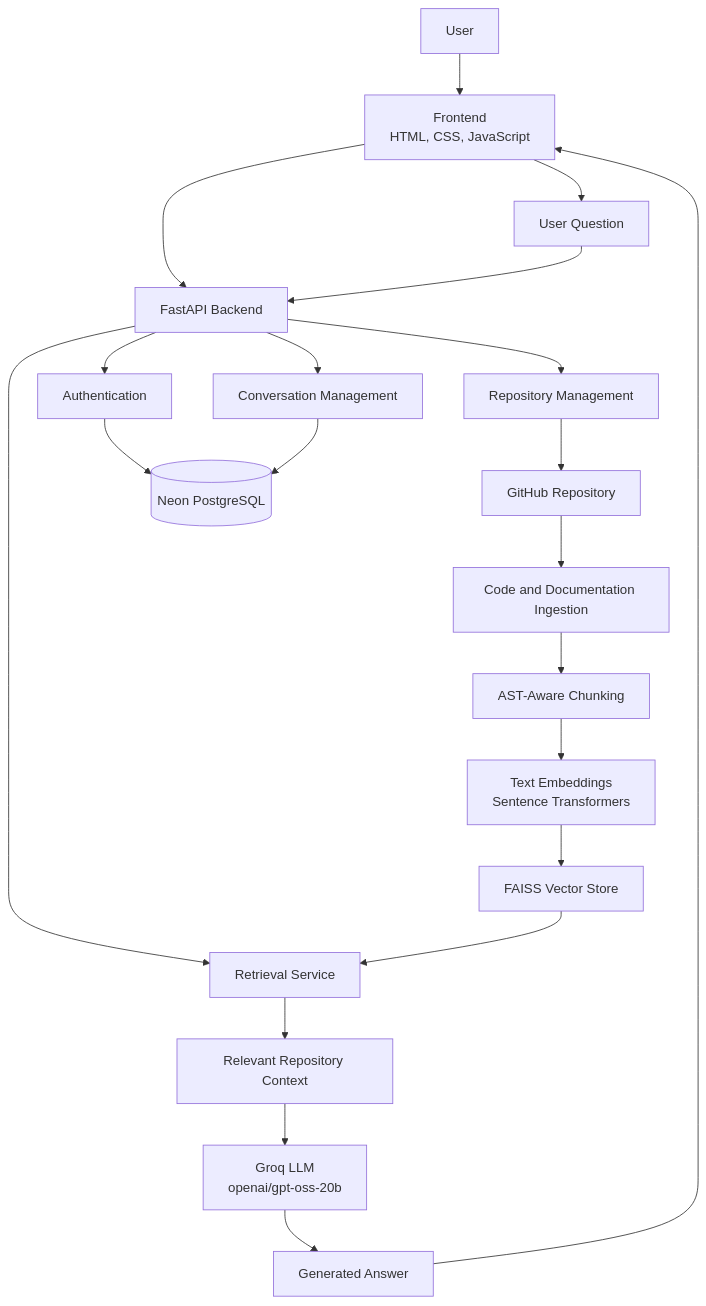
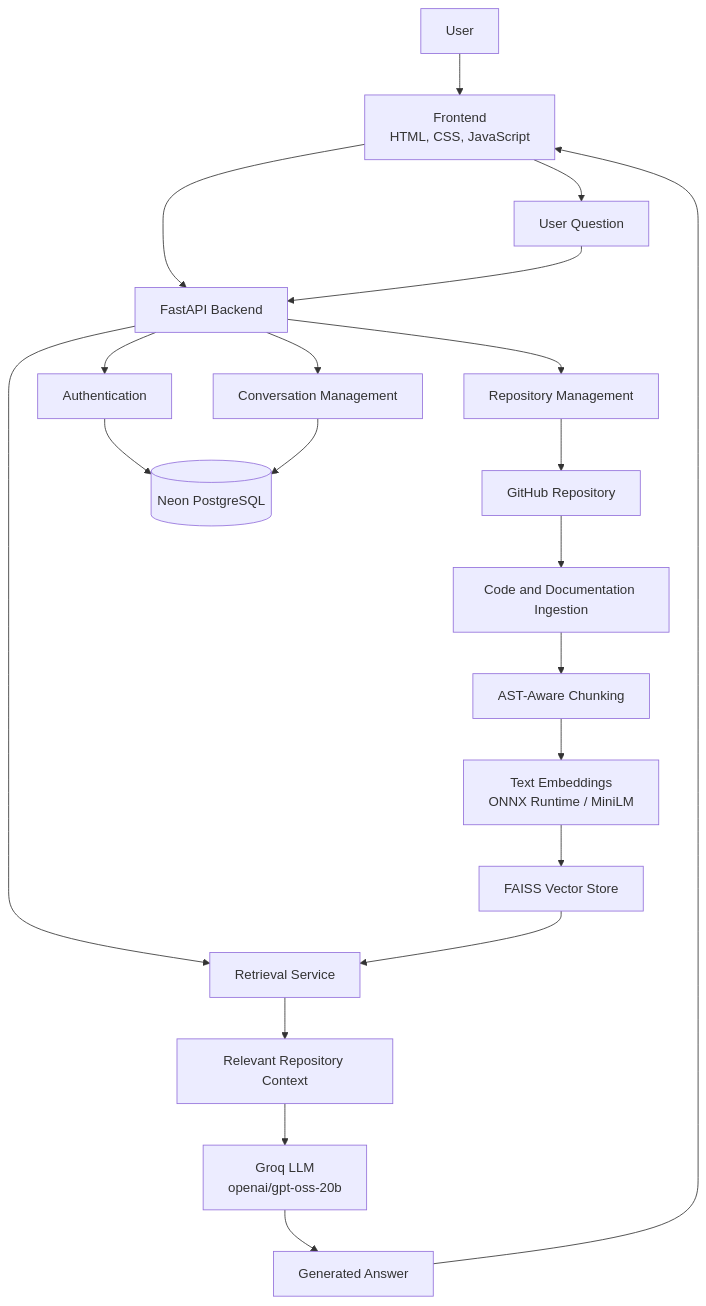
One commit to prachishr/codebase-qa-assistant changed the diagram in README.md. Above: the diagram before and after it, drawn with Mermaid. The commit also changed other lines of this file, not shown here.

Commit message:
Update README for ONNX embeddings, background indexing, and auth features

````diff
--- a/README.md
+++ b/README.md
@@ -81,27 +82,27 @@
 ```mermaid
 flowchart TD
     A[User] --> B[Frontend<br/>HTML, CSS, JavaScript]
     B --> C[FastAPI Backend]
 
     C --> D[Authentication]
     C --> E[Repository Management]
     C --> F[Conversation Management]
 
     E --> G[GitHub Repository]
     G --> H[Code and Documentation Ingestion]
     H --> I[AST-Aware Chunking]
-    I --> J[Text Embeddings<br/>Sentence Transformers]
+    I --> J[Text Embeddings<br/>ONNX Runtime / MiniLM]
     J --> K[FAISS Vector Store]
 
     B --> L[User Question]
     L --> C
     C --> M[Retrieval Service]
     K --> M
     M --> N[Relevant Repository Context]
     N --> O[Groq LLM<br/>openai/gpt-oss-20b]
     O --> P[Generated Answer]
     P --> B
 
     D --> Q[(Neon PostgreSQL)]
     F --> Q
 ```
````
